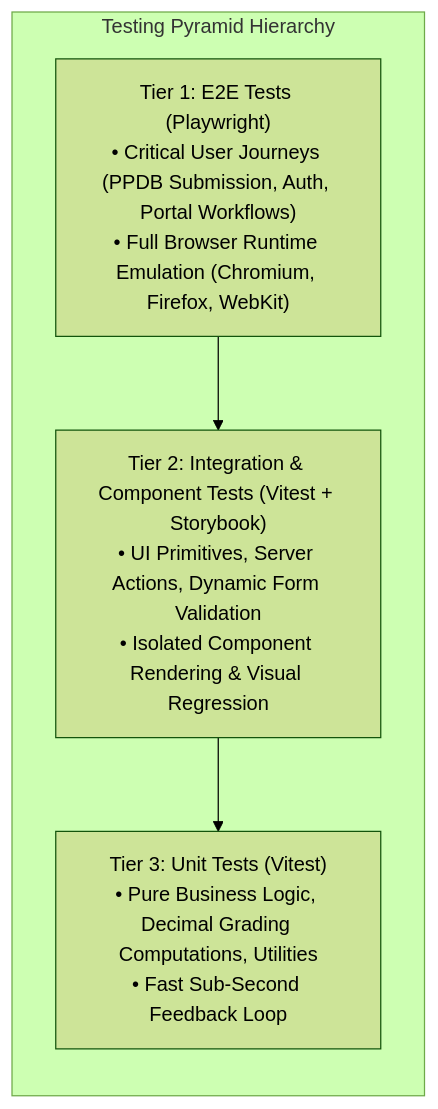
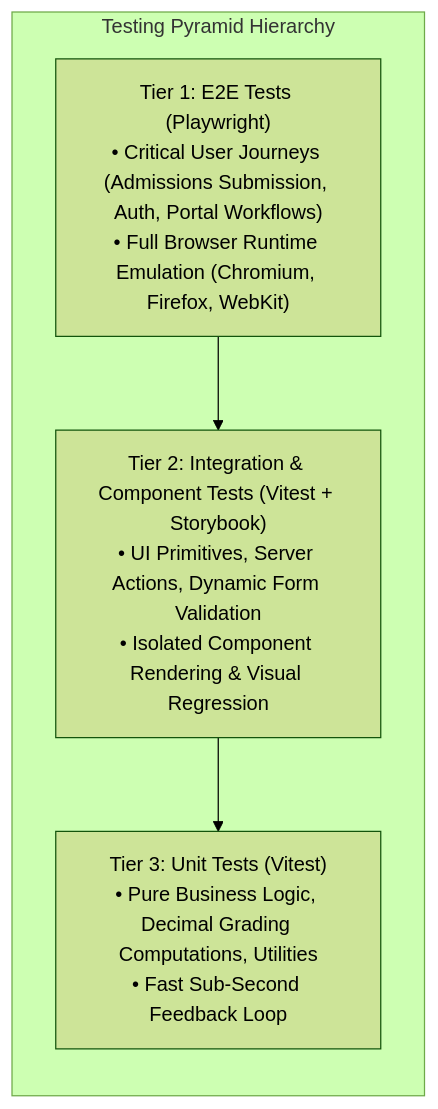
One commit to Mafrilearth/albirru-school-management-monorepo changed the diagram in TESTING.md. Above: the diagram before and after it, drawn with Mermaid (forest theme). The commit also changed 31 other files, not shown here.

````diff
--- a/TESTING.md
+++ b/TESTING.md
@@ -11,11 +11,11 @@
 ```mermaid
 flowchart TB
     subgraph TestingPyramid ["Testing Pyramid Hierarchy"]
         direction TB
-        E2E["Tier 1: E2E Tests (Playwright)<br/>• Critical User Journeys (PPDB Submission, Auth, Portal Workflows)<br/>• Full Browser Runtime Emulation (Chromium, Firefox, WebKit)"]
+        E2E["Tier 1: E2E Tests (Playwright)<br/>• Critical User Journeys (Admissions Submission, Auth, Portal Workflows)<br/>• Full Browser Runtime Emulation (Chromium, Firefox, WebKit)"]
         Integration["Tier 2: Integration & Component Tests (Vitest + Storybook)<br/>• UI Primitives, Server Actions, Dynamic Form Validation<br/>• Isolated Component Rendering & Visual Regression"]
         Unit["Tier 3: Unit Tests (Vitest)<br/>• Pure Business Logic, Decimal Grading Computations, Utilities<br/>• Fast Sub-Second Feedback Loop"]
 
         E2E --> Integration --> Unit
     end
 ```
````
